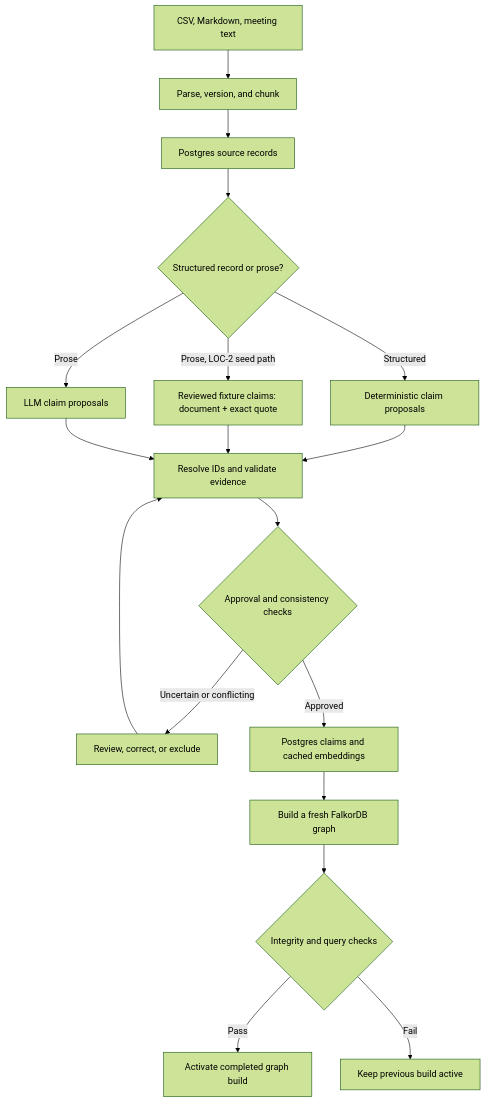
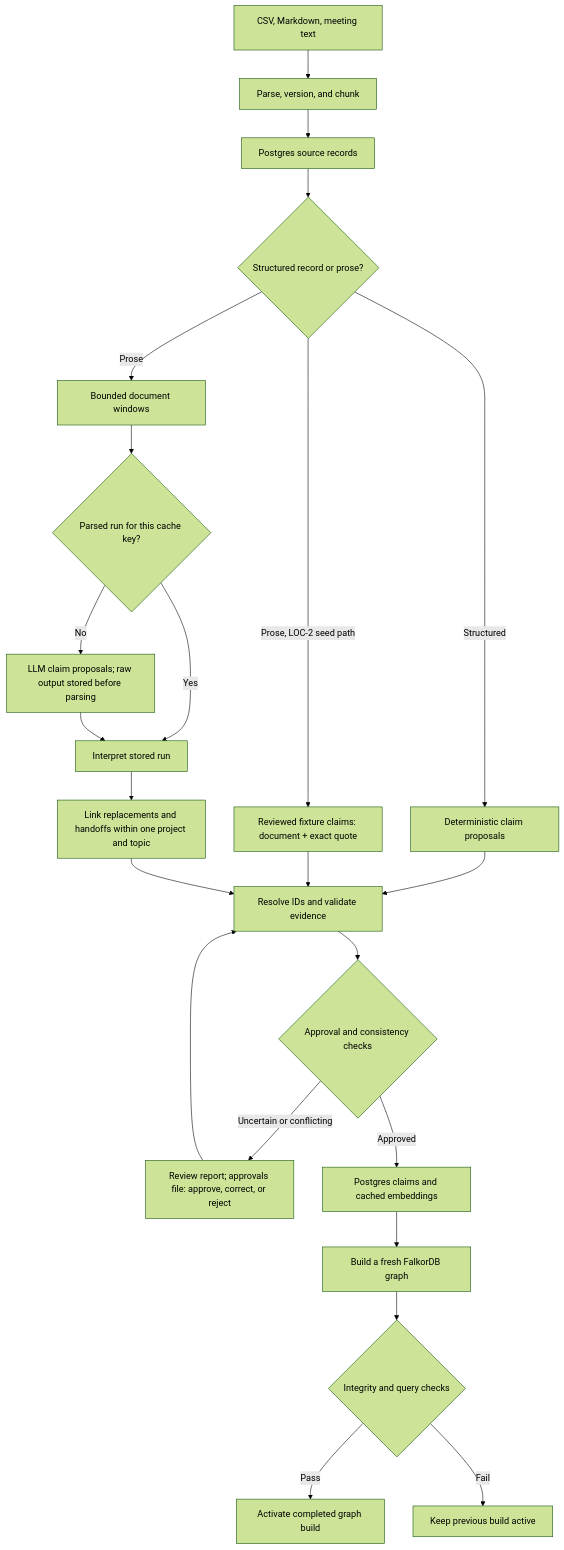
One commit to ameghcoder/company-brain changed the diagram in docs/design-flow/ingestion.md. Above: the diagram before and after it, drawn with Mermaid (forest theme). The commit also changed other lines of this file and 34 other files, not shown here.

First line of the commit message:
#8 feat: extraction runs, linking, and claim review

````diff
--- a/docs/design-flow/ingestion.md
+++ b/docs/design-flow/ingestion.md
@@ -11,20 +12,25 @@
 ```mermaid
 flowchart TD
     A["CSV, Markdown, meeting text"] --> B["Parse, version, and chunk"]
     B --> C["Postgres source records"]
     C --> D{"Structured record or prose?"}
     D -->|Structured| E["Deterministic claim proposals"]
-    D -->|Prose| F["LLM claim proposals"]
+    D -->|Prose| W["Bounded document windows"]
     D -->|"Prose, LOC-2 seed path"| R["Reviewed fixture claims: document + exact quote"]
+    W --> X{"Parsed run for this cache key?"}
+    X -->|No| F["LLM claim proposals; raw output stored before parsing"]
+    X -->|Yes| P["Interpret stored run"]
+    F --> P
+    P --> LK["Link replacements and handoffs within one project and topic"]
     E --> G["Resolve IDs and validate evidence"]
     R --> G
-    F --> G
+    LK --> G
     G --> H{"Approval and consistency checks"}
-    H -->|Uncertain or conflicting| I["Review, correct, or exclude"]
+    H -->|Uncertain or conflicting| I["Review report; approvals file: approve, correct, or reject"]
     I --> G
     H -->|Approved| J["Postgres claims and cached embeddings"]
     J --> K["Build a fresh FalkorDB graph"]
     K --> L{"Integrity and query checks"}
     L -->|Pass| M["Activate completed graph build"]
     L -->|Fail| N["Keep previous build active"]
 ```
````
